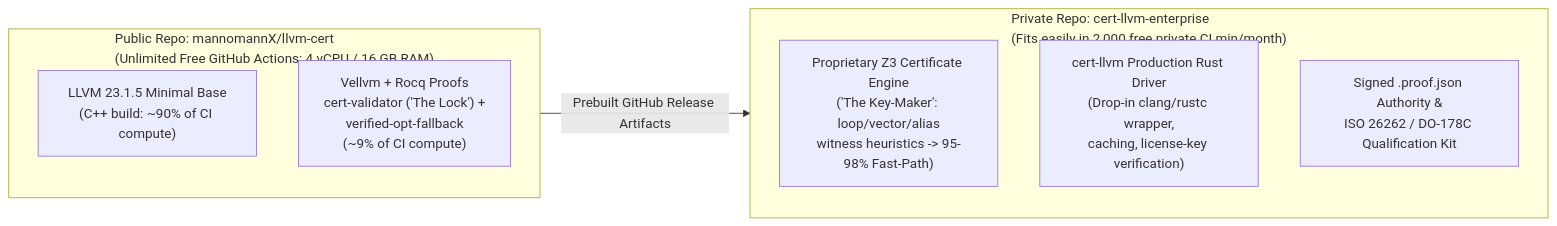
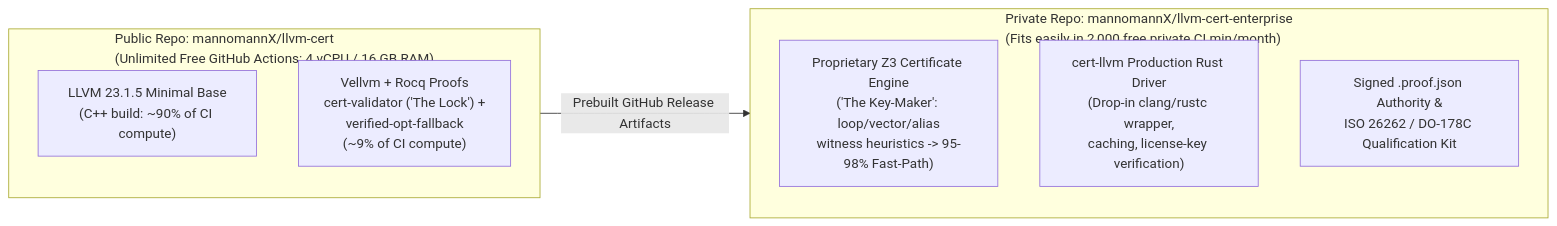
The diagram in plan/business-model-and-ip-strategy.md (mannomannX/llvm-cert), drawn with Mermaid before and after one commit. The commit also changed other lines of this file, not shown here.

Commit message:
docs(plan): reference private llvm-cert-enterprise repository

````diff
--- a/plan/business-model-and-ip-strategy.md
+++ b/plan/business-model-and-ip-strategy.md
@@ -24,15 +24,15 @@
 ```mermaid
 flowchart LR
     subgraph PublicRepo["Public Repo: mannomannX/llvm-cert\n(Unlimited Free GitHub Actions: 4 vCPU / 16 GB RAM)"]
         LLVM["LLVM 23.1.5 Minimal Base\n(C++ build: ~90% of CI compute)"]
         Rocq["Vellvm + Rocq Proofs\ncert-validator ('The Lock') +\nverified-opt-fallback\n(~9% of CI compute)"]
     end
 
-    subgraph PrivateRepo["Private Repo: cert-llvm-enterprise\n(Fits easily in 2,000 free private CI min/month)"]
+    subgraph PrivateRepo["Private Repo: mannomannX/llvm-cert-enterprise\n(Fits easily in 2,000 free private CI min/month)"]
         Gen["Proprietary Z3 Certificate Engine\n('The Key-Maker': loop/vector/alias\nwitness heuristics -> 95-98% Fast-Path)"]
         Orch["cert-llvm Production Rust Driver\n(Drop-in clang/rustc wrapper,\ncaching, license-key verification)"]
         QKit["Signed .proof.json Authority &\nISO 26262 / DO-178C Qualification Kit"]
     end
 
     PublicRepo -->|"Prebuilt GitHub Release Artifacts"| PrivateRepo
 ```
````
